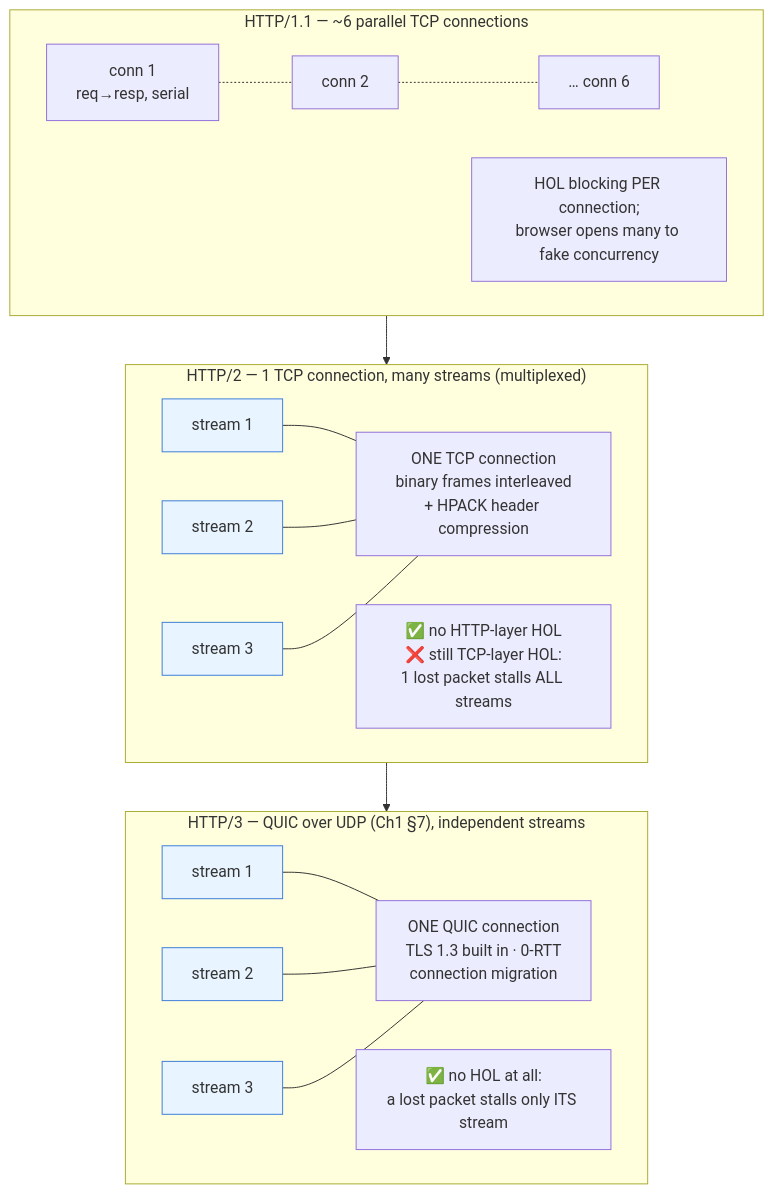
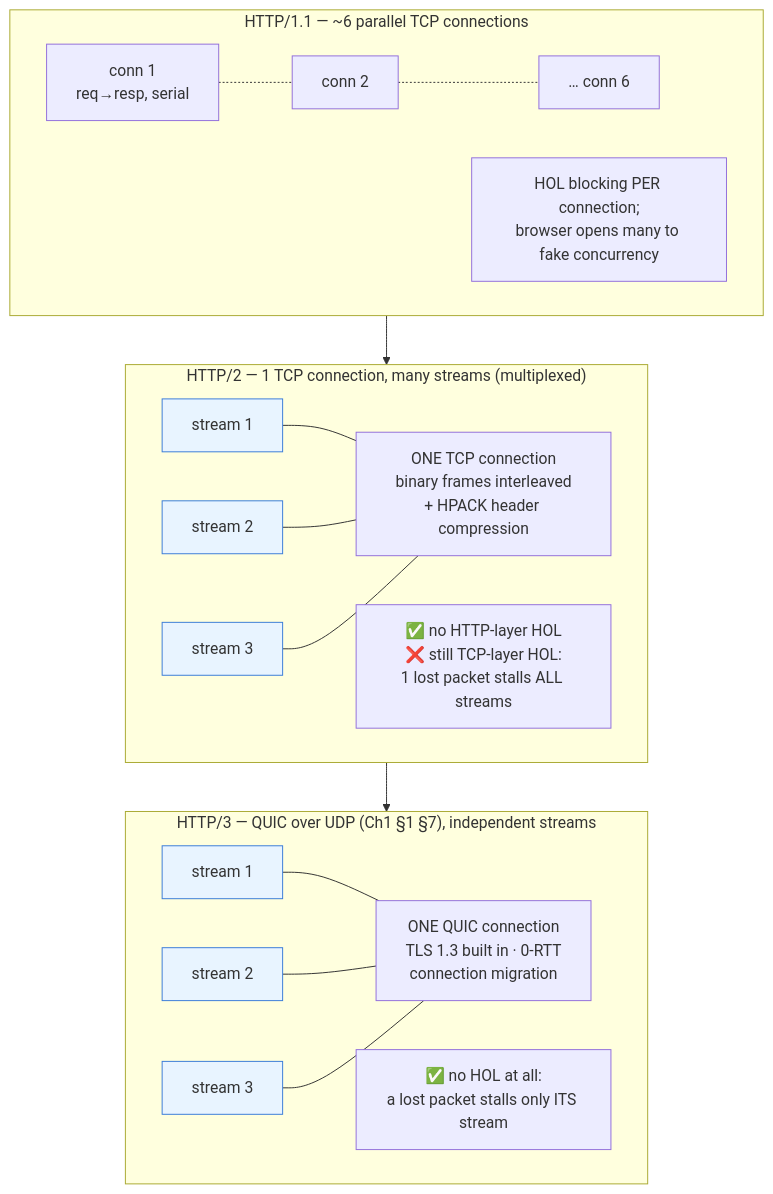
The diagram in courses/02-networking-and-web/02-http/03-content-negotiation-and-http-versions.md (ustcer1984/Computer-Science-Software-Engineering-for-AI-Engineer), drawn with Mermaid before and after one commit. The commit also changed other lines of this file and 19 other files, not shown here.

````diff
--- a/courses/02-networking-and-web/02-http/03-content-negotiation-and-http-versions.md
+++ b/courses/02-networking-and-web/02-http/03-content-negotiation-and-http-versions.md
@@ -365,24 +365,24 @@
 ```mermaid
 flowchart TB
     subgraph H1["HTTP/1.1 — ~6 parallel TCP connections"]
         direction LR
         A1["conn 1<br/>req→resp, serial"] -.- A2["conn 2"] -.- A3["… conn 6"]
         A1x["HOL blocking PER connection;<br/>browser opens many to fake concurrency"]
     end
     subgraph H2["HTTP/2 — 1 TCP connection, many streams (multiplexed)"]
         direction LR
         B1["stream 1"]:::s --- BT["ONE TCP connection<br/>binary frames interleaved<br/>+ HPACK header compression"]
         B2["stream 2"]:::s --- BT
         B3["stream 3"]:::s --- BT
         BTx["✅ no HTTP-layer HOL<br/>❌ still TCP-layer HOL:<br/>1 lost packet stalls ALL streams"]
     end
-    subgraph H3["HTTP/3 — QUIC over UDP (Ch1 §7), independent streams"]
+    subgraph H3["HTTP/3 — QUIC over UDP (Ch1 §1 §7), independent streams"]
         direction LR
         C1["stream 1"]:::s --- CT["ONE QUIC connection<br/>TLS 1.3 built in · 0-RTT<br/>connection migration"]
         C2["stream 2"]:::s --- CT
         C3["stream 3"]:::s --- CT
         CTx["✅ no HOL at all:<br/>a lost packet stalls only ITS stream"]
     end
     H1 --> H2 --> H3
     classDef s fill:#e8f4ff,stroke:#3b7dd8;
 ```
````
